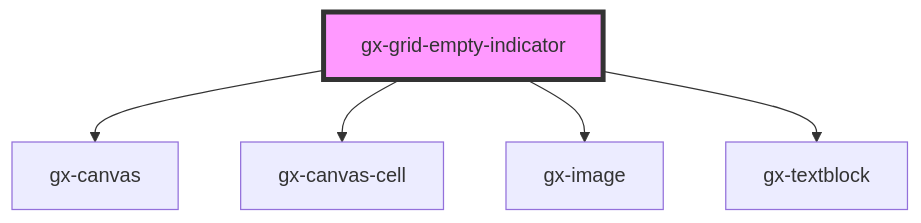
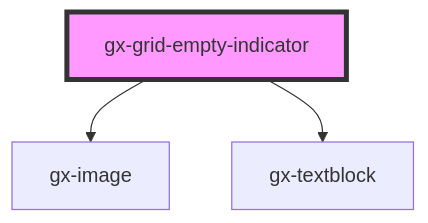
One commit to genexuslabs/web-controls-library changed the diagram in src/components/grid-empty-indicator/readme.md. Above: the diagram before and after it, drawn with Mermaid. The commit also changed other lines of this file and 1 other file, not shown here.

Commit message:
Update components.d.ts, end_of_line to LF type and Readme

````diff
--- a/src/components/grid-empty-indicator/readme.md
+++ b/src/components/grid-empty-indicator/readme.md
@@ -37,8 +35,6 @@
 ```mermaid
 graph TD;
-  gx-grid-empty-indicator --> gx-canvas
-  gx-grid-empty-indicator --> gx-canvas-cell
   gx-grid-empty-indicator --> gx-image
   gx-grid-empty-indicator --> gx-textblock
   style gx-grid-empty-indicator fill:#f9f,stroke:#333,stroke-width:4px
 ```
````
